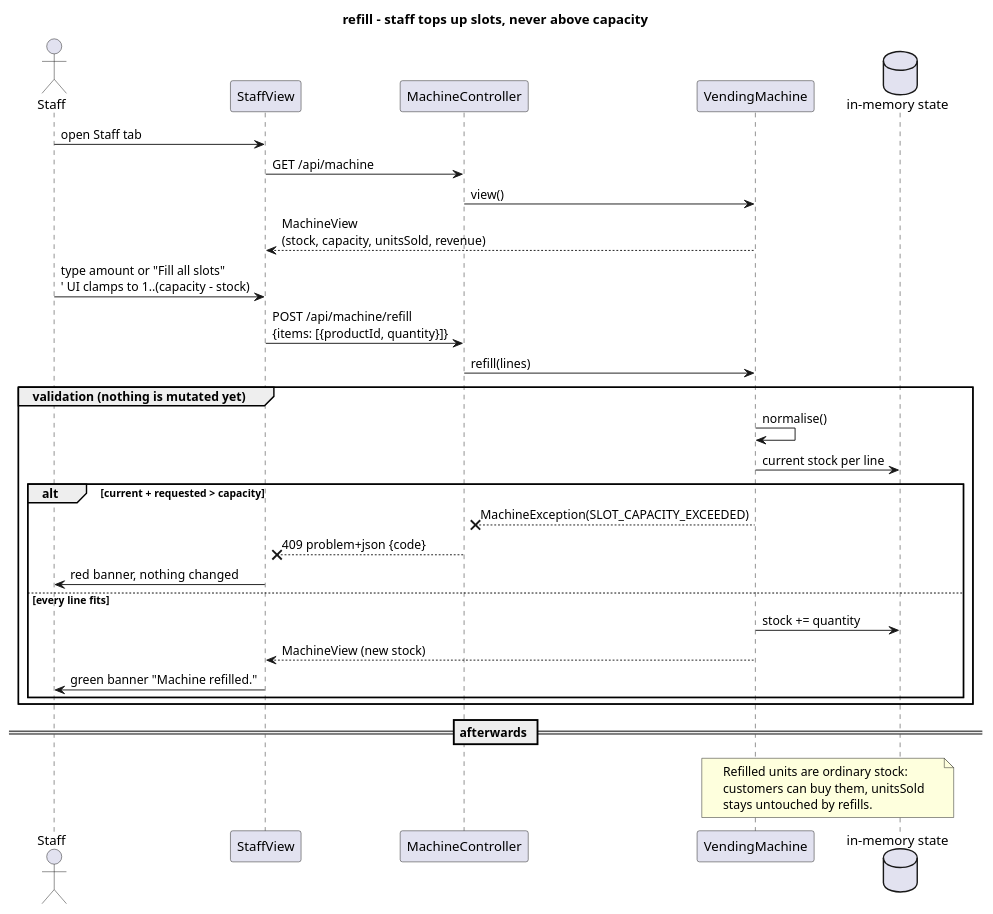
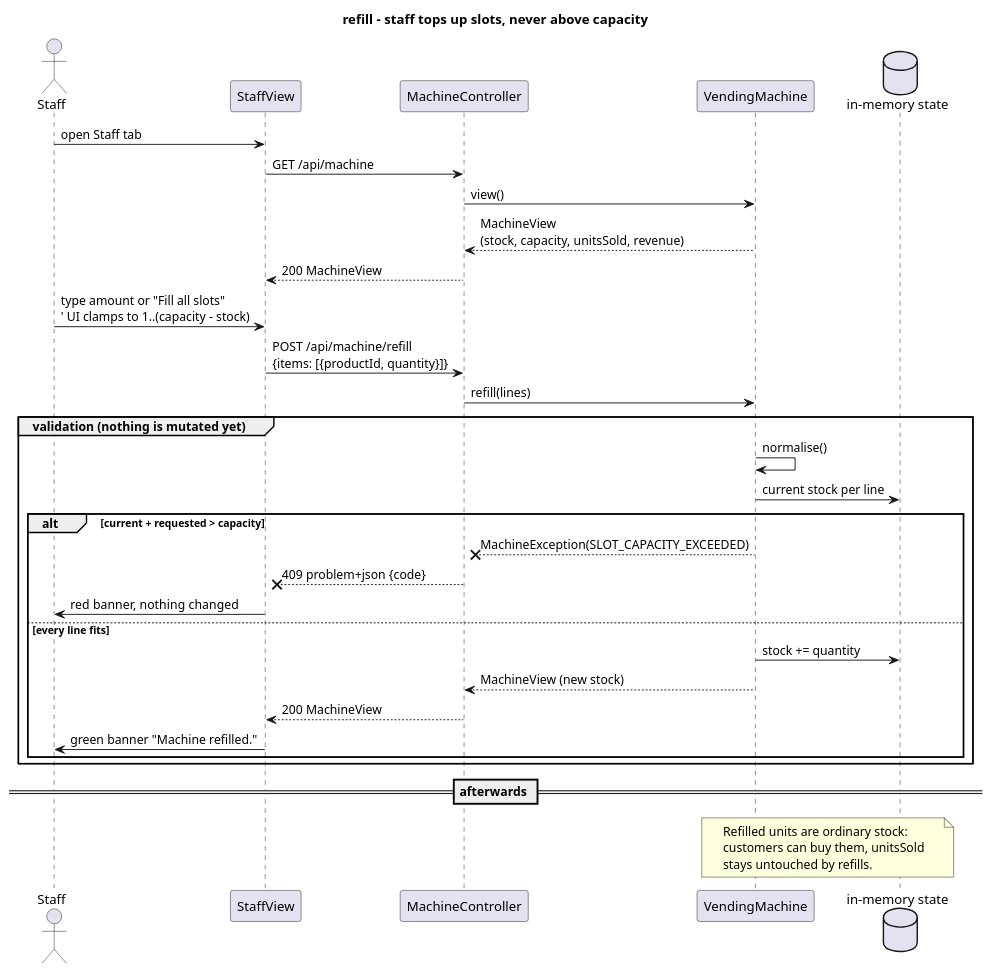
Before and after one commit to mstaszew-dev/vending-machine: the diagram in docs/sequence-refill.puml, drawn with PlantUML. The commit also changed 8 other files, not shown here.

```diff
--- a/docs/sequence-refill.puml
+++ b/docs/sequence-refill.puml
@@ -1,40 +1,42 @@
 @startuml sequence-refill
 title refill - staff tops up slots, never above capacity
 
 actor "Staff" as staff
 participant "StaffView" as ui
 participant "MachineController" as ctrl
 participant "VendingMachine" as vm
 database "in-memory state" as state
 
 staff -> ui : open Staff tab
 ui -> ctrl : GET /api/machine
 ctrl -> vm : view()
-vm --> ui : MachineView\n(stock, capacity, unitsSold, revenue)
+vm --> ctrl : MachineView\n(stock, capacity, unitsSold, revenue)
+ctrl --> ui : 200 MachineView
 
 staff -> ui : type amount or "Fill all slots"\n' UI clamps to 1..(capacity - stock)
 ui -> ctrl : POST /api/machine/refill\n{items: [{productId, quantity}]}
 
 ctrl -> vm : refill(lines)
 
 group validation (nothing is mutated yet)
   vm -> vm : normalise()
   vm -> state : current stock per line
   alt current + requested > capacity
     vm --x ctrl : MachineException(SLOT_CAPACITY_EXCEEDED)
     ctrl --x ui : 409 problem+json {code}
     ui -> staff : red banner, nothing changed
   else every line fits
     vm -> state : stock += quantity
-    vm --> ui : MachineView (new stock)
+    vm --> ctrl : MachineView (new stock)
+    ctrl --> ui : 200 MachineView
     ui -> staff : green banner "Machine refilled."
   end
 end
 
 == afterwards ==
 note over vm, state
   Refilled units are ordinary stock:
   customers can buy them, unitsSold
   stays untouched by refills.
 end note
 @enduml
```
